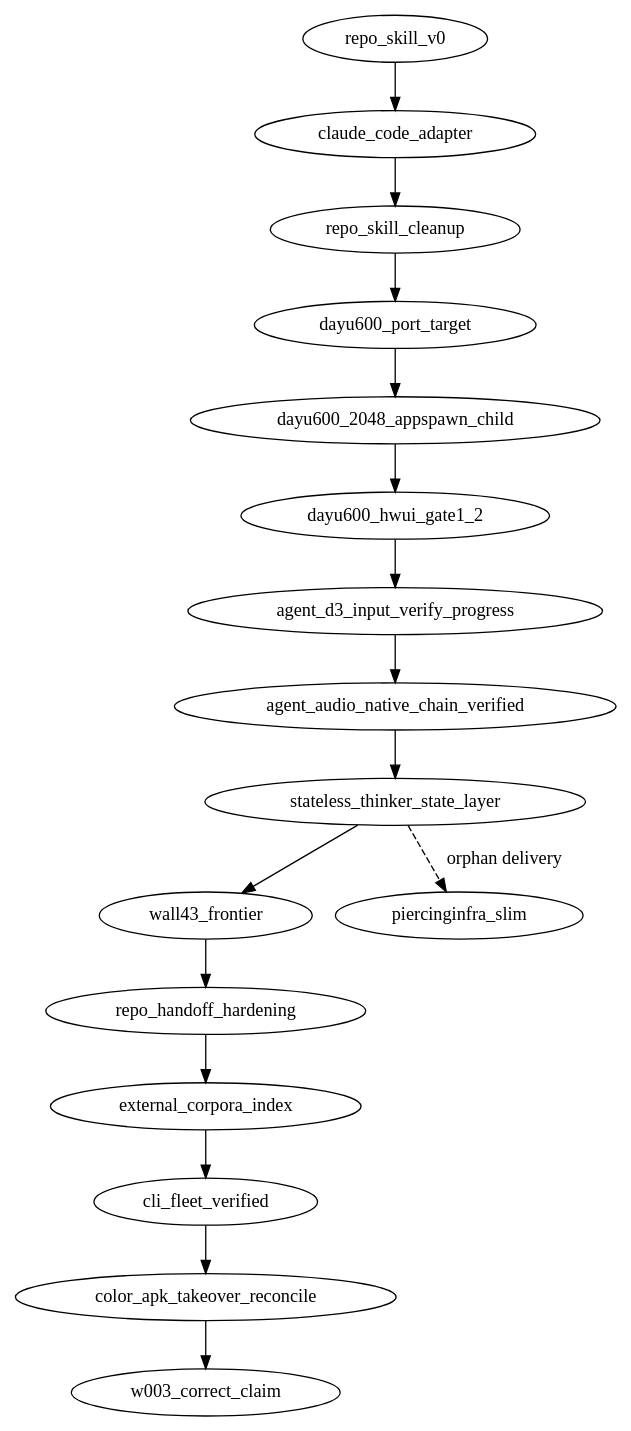
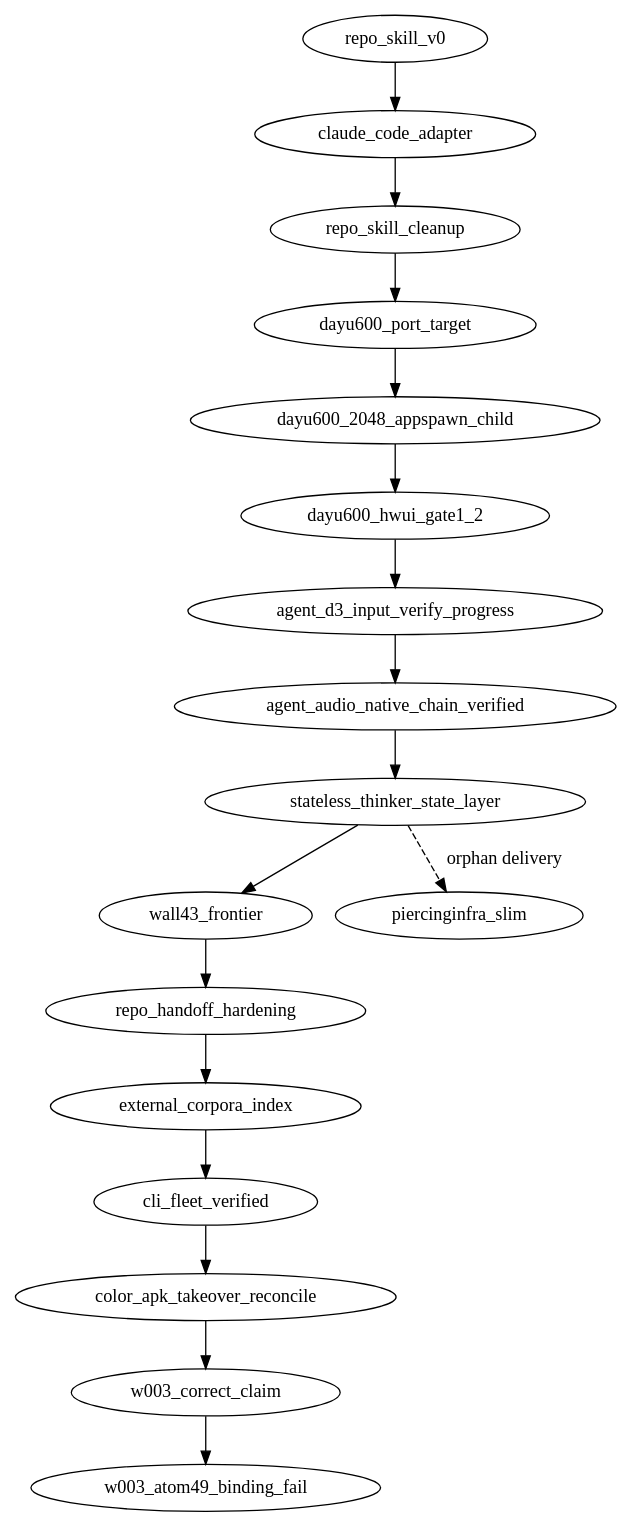
Before and after one commit to BH3GEI/westlake-piercing: the diagram in REPO_HISTORY.dot, drawn with Graphviz. The commit also changed 9 other files, not shown here.

Commit message:
验证:W-003 atom-49 在 Paint.nSetFlags 处失败

```diff
--- a/REPO_HISTORY.dot
+++ b/REPO_HISTORY.dot
@@ -196,6 +196,18 @@
     note=".repo-skill/turns/2026-07-11-w003-correct-claim.md"
   ];
 
-  repo_skill_v0 -> claude_code_adapter -> repo_skill_cleanup -> dayu600_port_target -> dayu600_2048_appspawn_child -> dayu600_hwui_gate1_2 -> agent_d3_input_verify_progress -> agent_audio_native_chain_verified -> stateless_thinker_state_layer -> wall43_frontier -> repo_handoff_hardening -> external_corpora_index -> cli_fleet_verified -> color_apk_takeover_reconcile -> w003_correct_claim;
+  w003_atom49_binding_fail [
+    commit="self",
+    base_commit="a9f0f98d8137c3a78f235d1545c1b9be017d99f",
+    actor="Yao/Codex",
+    title="record atom-49 failure after the publication fix",
+    user_input="Continue the color APK handoff and verify the active W-003 route.",
+    agent_action="Rebuilt/deployed the current sidecar, reran atom-49 on 5583, restored the prior #51 sidecar for A/B, and recorded the identical Paint.nSetFlags ULE.",
+    code_delta="W-003 runtime/probe WIP plus a negative oracle result; no hash-lock update and no PASS claim.",
+    verify="atom-49 FAIL twice at Paint.<init> to nSetFlags; framework dex disassembly confirms @CriticalNative declarations; #51 evidence kept separate.",
+    note=".repo-skill/turns/2026-07-12-w003-atom49-binding-fail.md"
+  ];
+
+  repo_skill_v0 -> claude_code_adapter -> repo_skill_cleanup -> dayu600_port_target -> dayu600_2048_appspawn_child -> dayu600_hwui_gate1_2 -> agent_d3_input_verify_progress -> agent_audio_native_chain_verified -> stateless_thinker_state_layer -> wall43_frontier -> repo_handoff_hardening -> external_corpora_index -> cli_fleet_verified -> color_apk_takeover_reconcile -> w003_correct_claim -> w003_atom49_binding_fail;
   stateless_thinker_state_layer -> piercinginfra_slim [style="dashed", label="orphan delivery"];
 }
```
